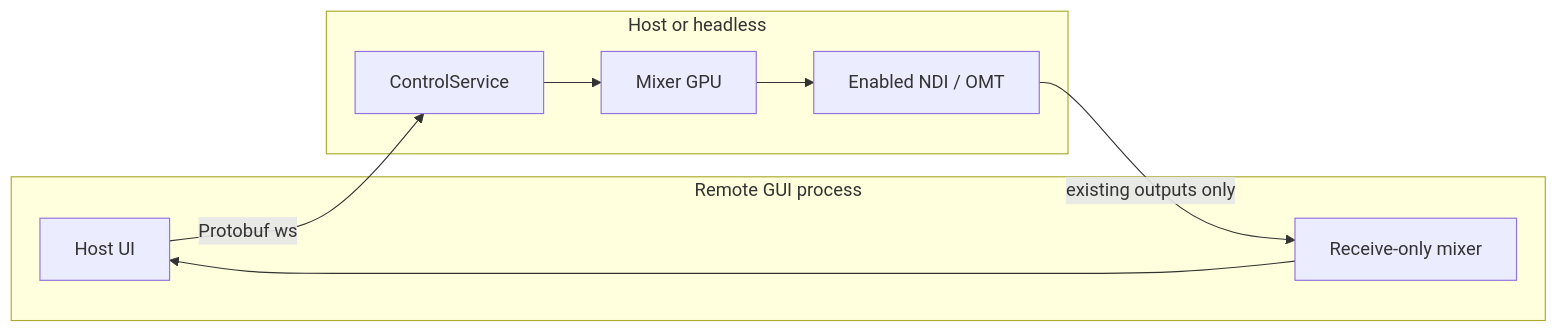
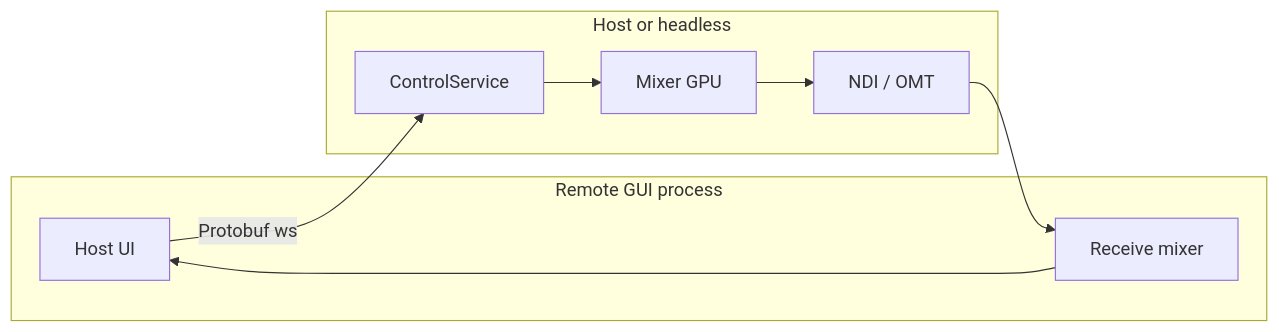
One commit to MikanseiLaboratory/eiviz changed the second of 7 diagrams in docs/src/content/docs/en/introduction/architecture.md. Above: the diagram before and after it, drawn with Mermaid. The commit also changed other lines of this file and 47 other files, not shown here.

````diff
--- a/docs/src/content/docs/en/introduction/architecture.md
+++ b/docs/src/content/docs/en/introduction/architecture.md
@@ -41,17 +41,17 @@
 ```mermaid
 flowchart LR
   subgraph client["Remote GUI process"]
     rui["Host UI"]
-    recv["Receive-only mixer"]
+    recv["Receive mixer"]
   end
   subgraph server["Host or headless"]
     ctrl2["ControlService"]
     gpu["Mixer GPU"]
-    ndi["Enabled NDI / OMT"]
+    ndi["NDI / OMT"]
   end
   rui -->|Protobuf ws| ctrl2
   ctrl2 --> gpu
   gpu --> ndi
-  ndi -->|existing outputs only| recv
+  ndi --> recv
   recv --> rui
 ```
````
